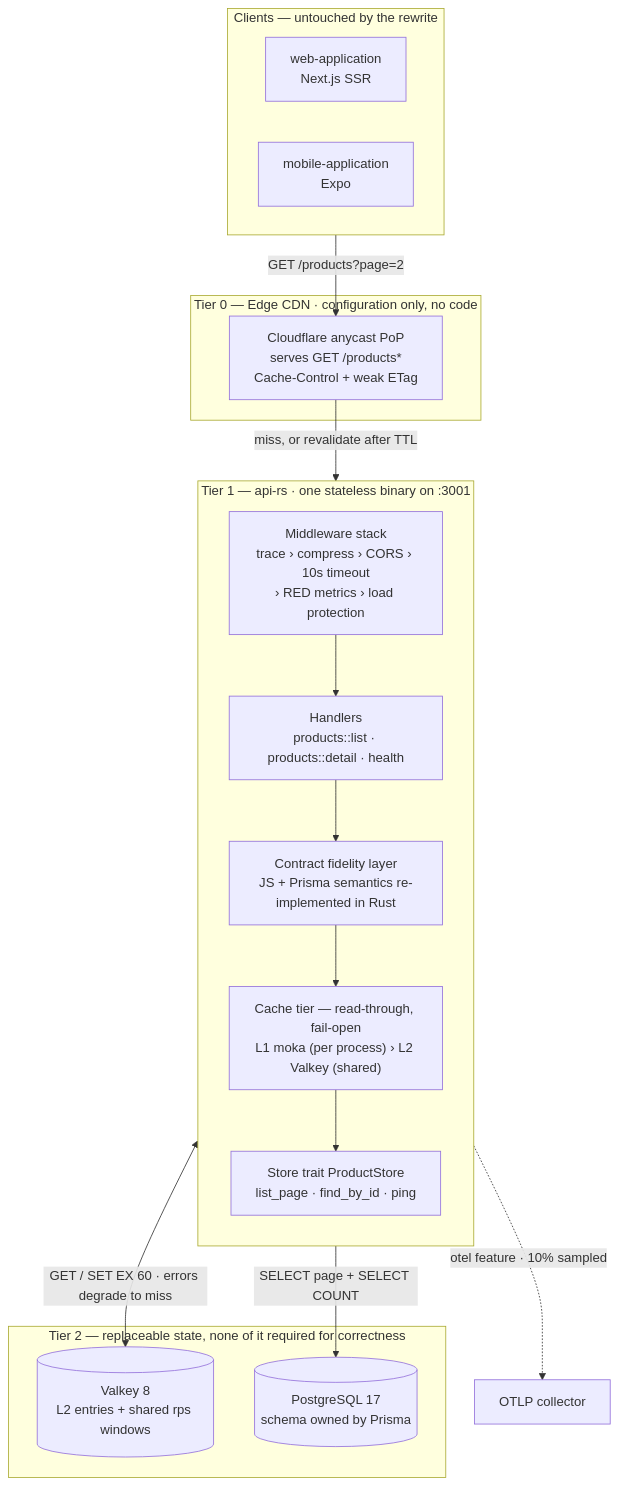
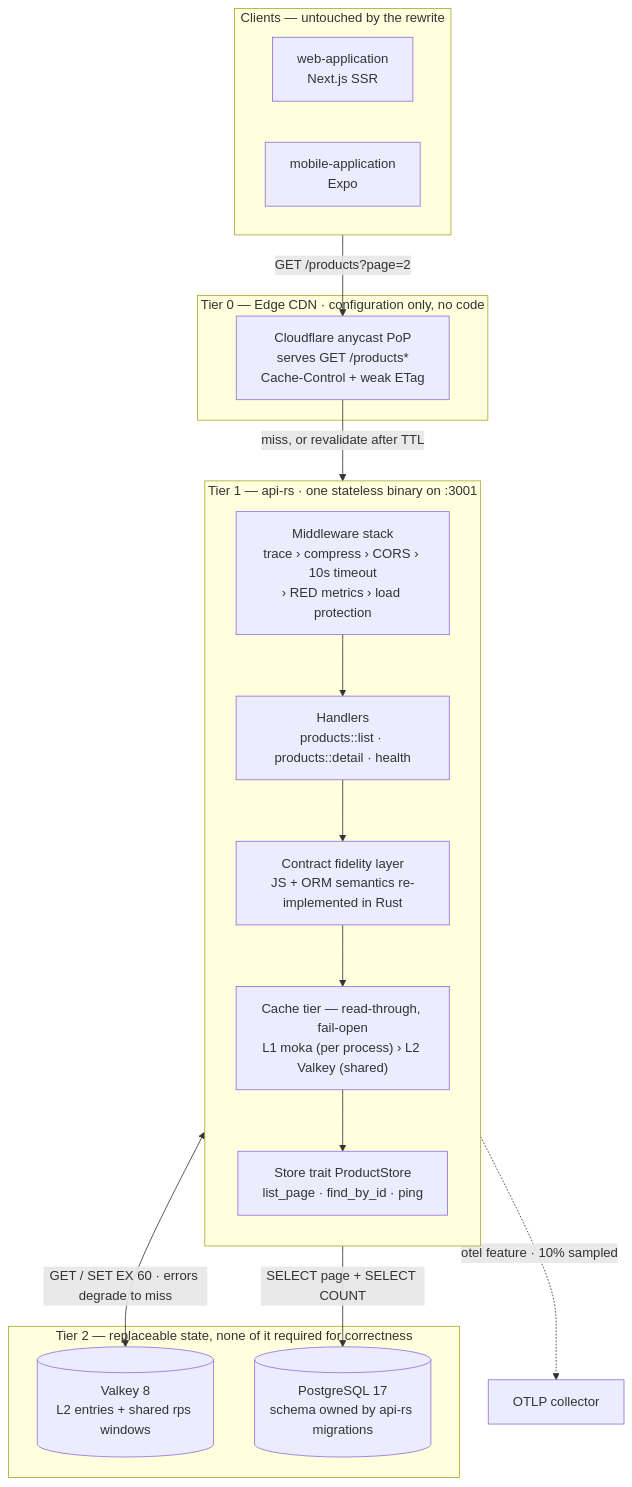
One commit to yamid-granda/react-native-and-web changed the first of 6 diagrams in api-rs/ARCHITECTURE.md. Above: the diagram before and after it, drawn with Mermaid. The commit also changed other lines of this file and 4 other files, not shown here.

First line of the commit message:
docs(api-rs): document the sqlx-owned schema and the api-rs-db binary

````diff
--- a/api-rs/ARCHITECTURE.md
+++ b/api-rs/ARCHITECTURE.md
@@ -51,32 +51,32 @@
 ```mermaid
 flowchart TB
     subgraph clients["Clients — untouched by the rewrite"]
         web["web-application<br/>Next.js SSR"]
         mobile["mobile-application<br/>Expo"]
     end
 
     subgraph edge["Tier 0 — Edge CDN · configuration only, no code"]
         cf["Cloudflare anycast PoP<br/>serves GET /products*<br/>Cache-Control + weak ETag"]
     end
 
     subgraph origin["Tier 1 — api-rs · one stateless binary on :3001"]
         direction TB
         mw["Middleware stack<br/>trace › compress › CORS › 10s timeout<br/>› RED metrics › load protection"]
         handlers["Handlers<br/>products::list · products::detail · health"]
-        fidelity["Contract fidelity layer<br/>JS + Prisma semantics re-implemented in Rust"]
+        fidelity["Contract fidelity layer<br/>JS + ORM semantics re-implemented in Rust"]
         cache["Cache tier — read-through, fail-open<br/>L1 moka (per process) › L2 Valkey (shared)"]
         store["Store trait ProductStore<br/>list_page · find_by_id · ping"]
         mw --> handlers --> fidelity --> cache --> store
     end
 
     subgraph state["Tier 2 — replaceable state, none of it required for correctness"]
         valkey[("Valkey 8<br/>L2 entries + shared rps windows")]
-        pg[("PostgreSQL 17<br/>schema owned by Prisma")]
+        pg[("PostgreSQL 17<br/>schema owned by api-rs migrations")]
     end
 
     clients -->|"GET /products?page=2"| cf
     cf -->|"miss, or revalidate after TTL"| origin
     cache <-->|"GET / SET EX 60 · errors degrade to miss"| valkey
     store -->|"SELECT page + SELECT COUNT"| pg
     origin -.->|"otel feature · 10% sampled"| obs["OTLP collector"]
 ```
````
